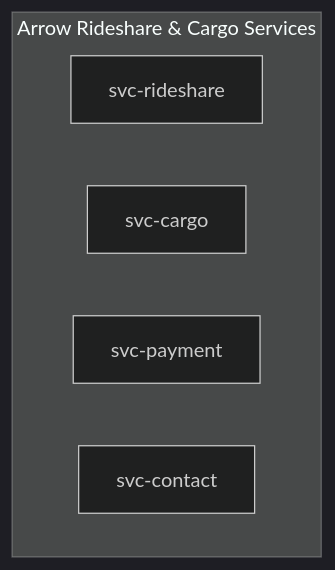
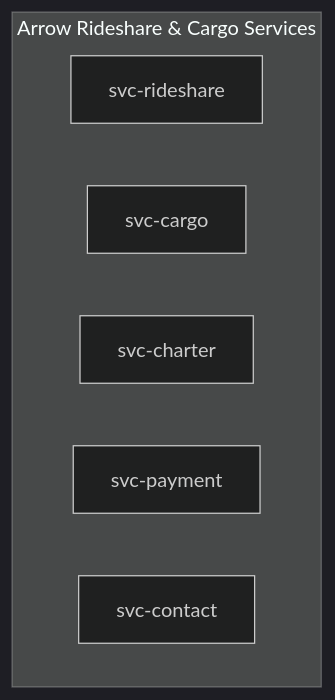
Before and after one commit to aetheric-oss/se-services: the third of 6 diagrams in docs/conops.md, drawn with Mermaid (dark theme). The commit also changed other lines of this file, not shown here.

Commit message:
Add svc-charter

````diff
--- a/docs/conops.md
+++ b/docs/conops.md
@@ -64,10 +64,11 @@
 ```mermaid
 
 graph TB
 subgraph Arrow Rideshare & Cargo Services
 	share[svc-rideshare]
 	cargo[svc-cargo]
+    charter[svc-charter]
 	pay[svc-payment]
 	contact[svc-contact]
 end
 ```
````
